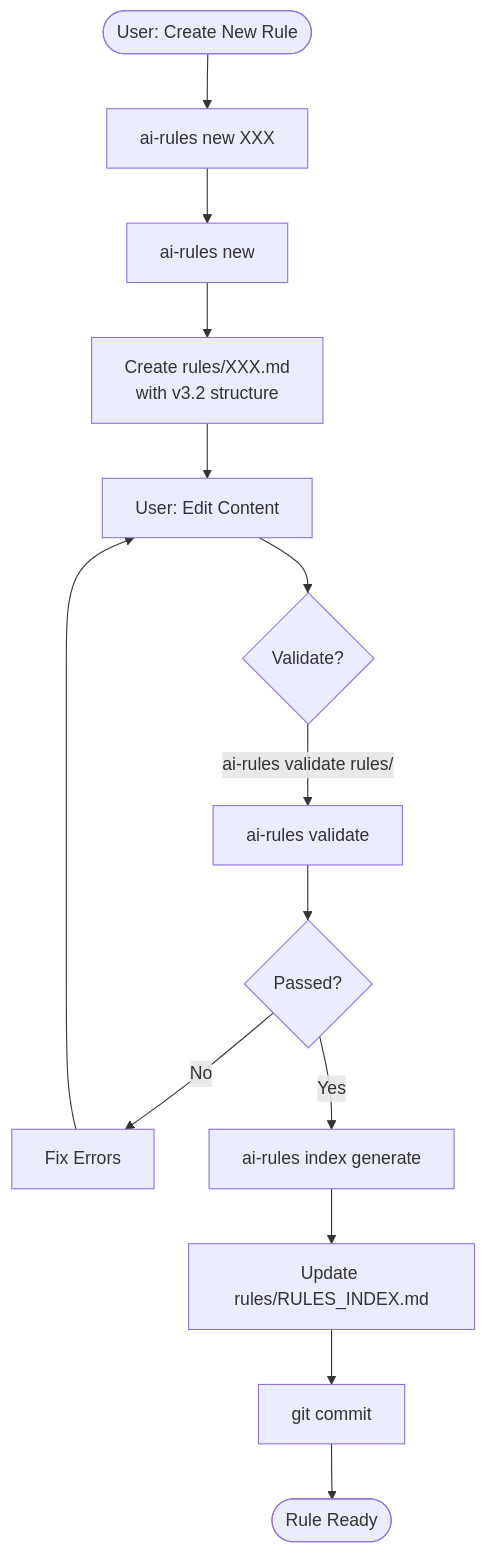
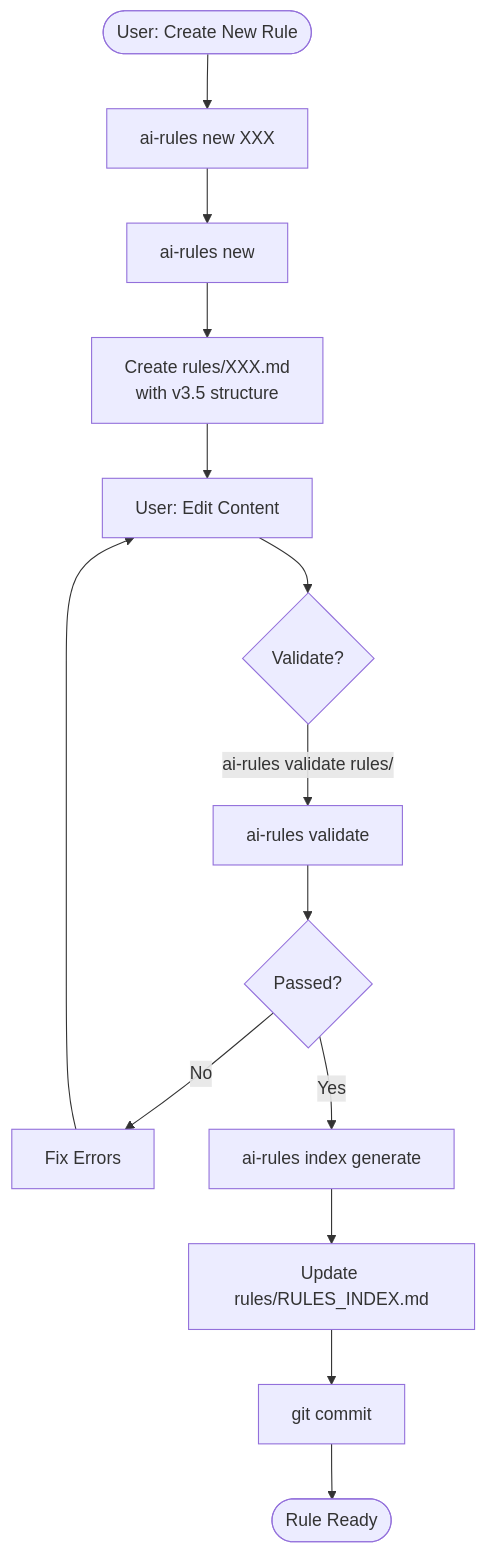
Before and after one commit to sfc-gh-myoung/ai_coding_rules: the first of 2 diagrams in docs/ARCHITECTURE.md, drawn with Mermaid. The commit also changed 6 other files, not shown here.

First line of the commit message:
fix(docs): correct stale schema versions, keyword ranges, and dimension counts

````diff
--- a/docs/ARCHITECTURE.md
+++ b/docs/ARCHITECTURE.md
@@ -380,16 +380,16 @@
 ```mermaid
 flowchart TD
     Start([User: Create New Rule]) --> Generate
     Generate["ai-rules new XXX"] --> Template
-    Template[ai-rules new] --> Create[Create rules/XXX.md<br/>with v3.2 structure]
+    Template[ai-rules new] --> Create[Create rules/XXX.md<br/>with v3.5 structure]
     Create --> Edit[User: Edit Content]
     Edit --> Validate{Validate?}
     Validate -->|"ai-rules validate rules/"| SchemaVal[ai-rules validate]
     SchemaVal --> Pass{Passed?}
     Pass -->|No| Fix[Fix Errors]
     Fix --> Edit
     Pass -->|Yes| Index["ai-rules index generate"]
     Index --> UpdateIndex[Update rules/RULES_INDEX.md]
     UpdateIndex --> Commit[git commit]
     Commit --> End([Rule Ready])
 ```
````
